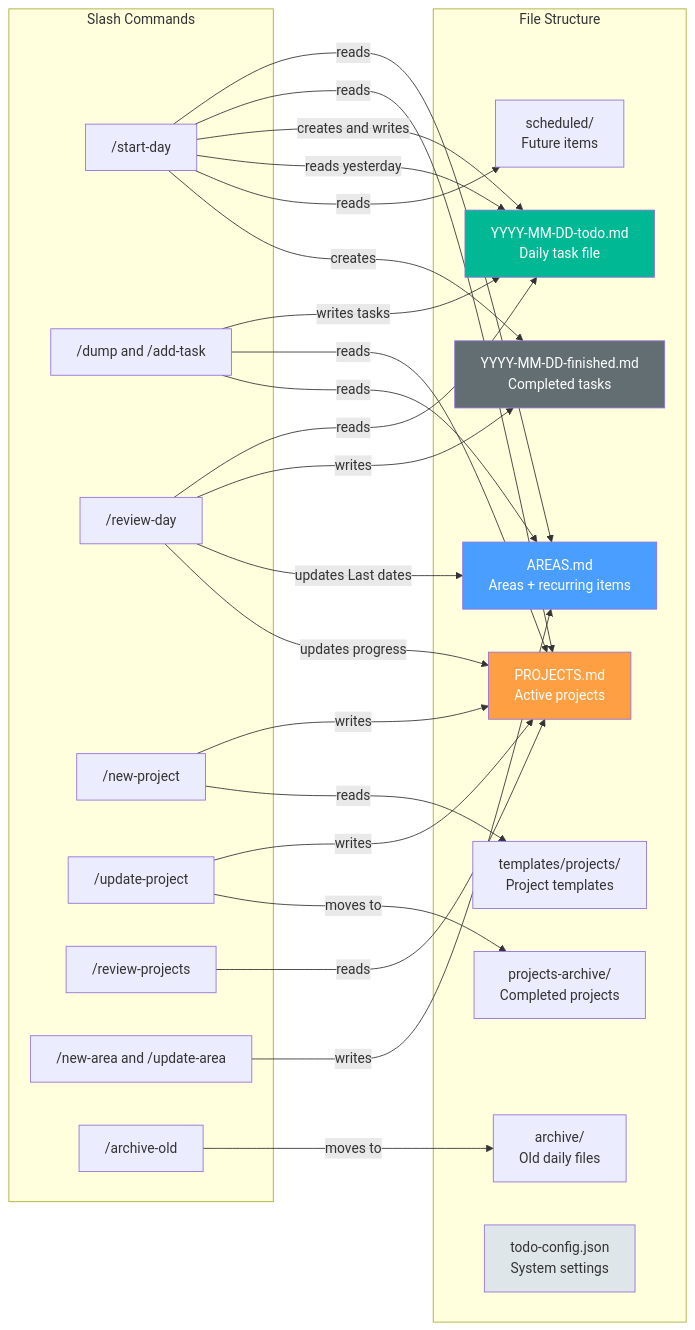
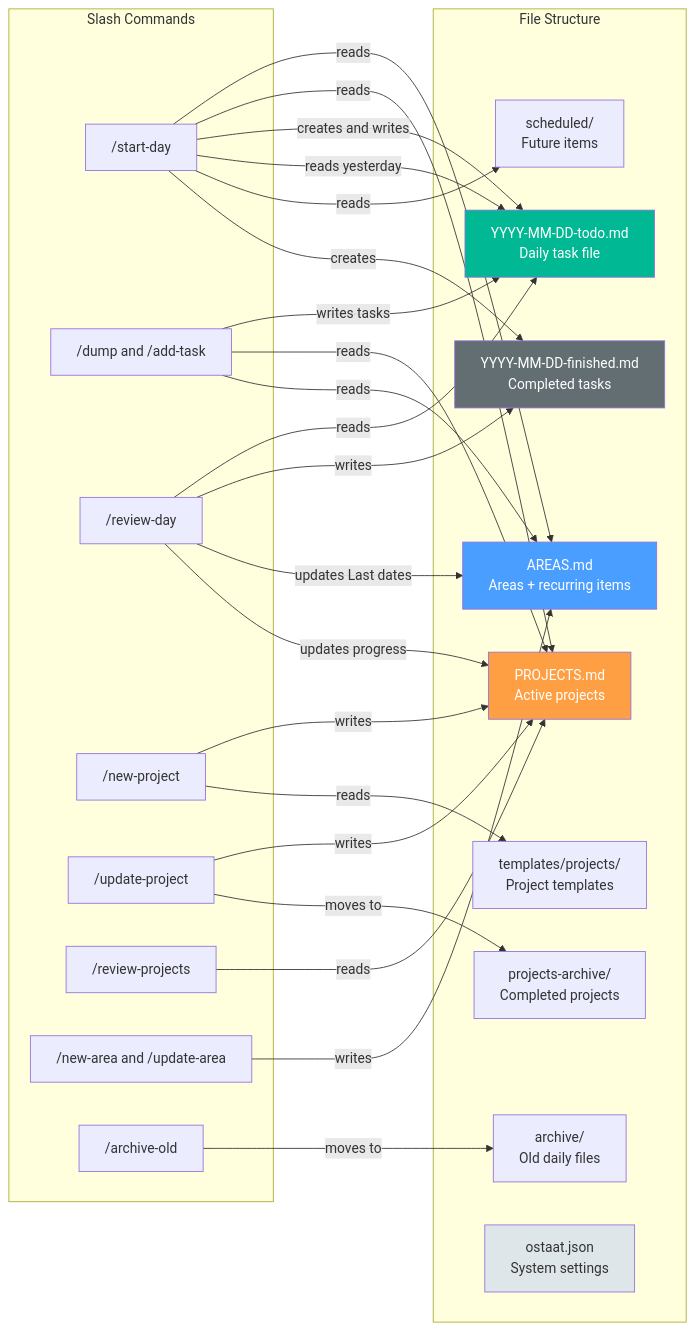
One commit to OneAngryDBA/one-step-at-a-time changed the fifth of 6 diagrams in docs/SYSTEM-ARCHITECTURE.md. Above: the diagram before and after it, drawn with Mermaid. The commit also changed other lines of this file and 34 other files, not shown here.

First line of the commit message:
v3.1.0: Rename to OStaaT, add workspace architecture and /setup command

````diff
--- a/docs/SYSTEM-ARCHITECTURE.md
+++ b/docs/SYSTEM-ARCHITECTURE.md
@@ -241,57 +241,57 @@
 ```mermaid
 flowchart LR
     subgraph Files["File Structure"]
         AREAS["AREAS.md\nAreas + recurring items"]
         PROJECTS["PROJECTS.md\nActive projects"]
         TODO["YYYY-MM-DD-todo.md\nDaily task file"]
         FINISHED["YYYY-MM-DD-finished.md\nCompleted tasks"]
         SCHED["scheduled/\nFuture items"]
         ARCHIVE["archive/\nOld daily files"]
         PROJARCH["projects-archive/\nCompleted projects"]
         TEMPLATES["templates/projects/\nProject templates"]
-        CONFIG["todo-config.json\nSystem settings"]
+        CONFIG["ostaat.json\nSystem settings"]
     end
 
     subgraph Commands["Slash Commands"]
         SD["/start-day"]
         DMP["/dump and /add-task"]
         RD["/review-day"]
         NP["/new-project"]
         UP["/update-project"]
         RP["/review-projects"]
         NA["/new-area and /update-area"]
         AO["/archive-old"]
     end
 
     SD -->|"reads"| AREAS
     SD -->|"reads"| PROJECTS
     SD -->|"creates and writes"| TODO
     SD -->|"reads yesterday"| TODO
     SD -->|"reads"| SCHED
 
     DMP -->|"writes tasks"| TODO
     DMP -->|"reads"| PROJECTS
     DMP -->|"reads"| AREAS
 
     RD -->|"reads"| TODO
     RD -->|"writes"| FINISHED
     RD -->|"updates Last dates"| AREAS
     RD -->|"updates progress"| PROJECTS
 
     NP -->|"writes"| PROJECTS
     NP -->|"reads"| TEMPLATES
     UP -->|"writes"| PROJECTS
     UP -->|"moves to"| PROJARCH
     RP -->|"reads"| PROJECTS
 
     NA -->|"writes"| AREAS
     AO -->|"moves to"| ARCHIVE
 
     SD -->|"creates"| FINISHED
 
     style AREAS fill:#4a9eff,color:#fff
     style PROJECTS fill:#ff9f43,color:#fff
     style TODO fill:#00b894,color:#fff
     style FINISHED fill:#636e72,color:#fff
     style CONFIG fill:#dfe6e9,color:#333
 ```
````
